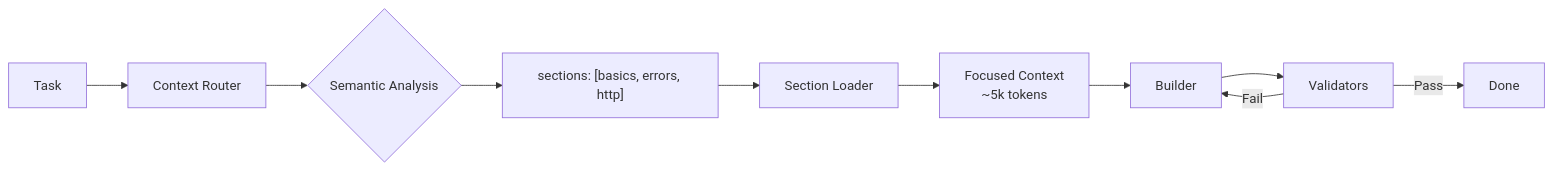
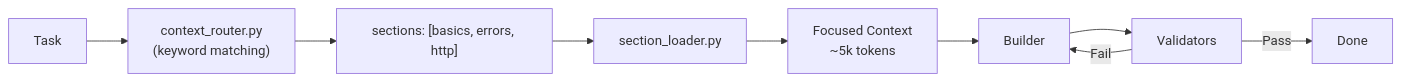
Before and after one commit to a-simeshin/claude-code-hooks-mastery: the first of 2 diagrams in README.md, drawn with Mermaid. The commit also changed other lines of this file and 14 other files, not shown here.

````diff
--- a/README.md
+++ b/README.md
@@ -69,12 +72,11 @@
 ```mermaid
 flowchart LR
-    A[Task] --> B[Context Router]
-    B --> C{Semantic Analysis}
-    C --> D["sections: [basics, errors, http]"]
-    D --> E[Section Loader]
-    E --> F[Focused Context<br/>~5k tokens]
+    A[Task] --> B["context_router.py<br/>(keyword matching)"]
+    B --> D["sections: [basics, errors, http]"]
+    D --> E["section_loader.py"]
+    E --> F["Focused Context<br/>~5k tokens"]
     F --> G[Builder]
     G --> H[Validators]
     H -->|Fail| G
     H -->|Pass| I[Done]
 ```
````
